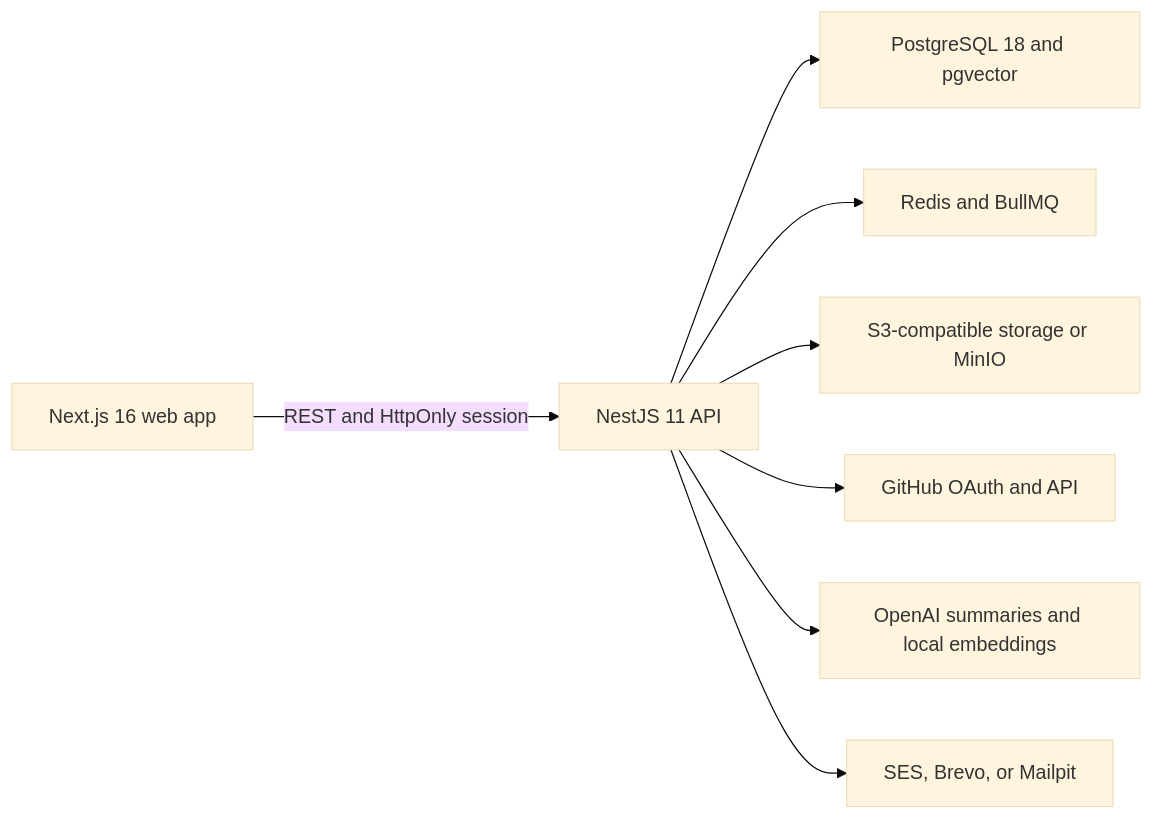
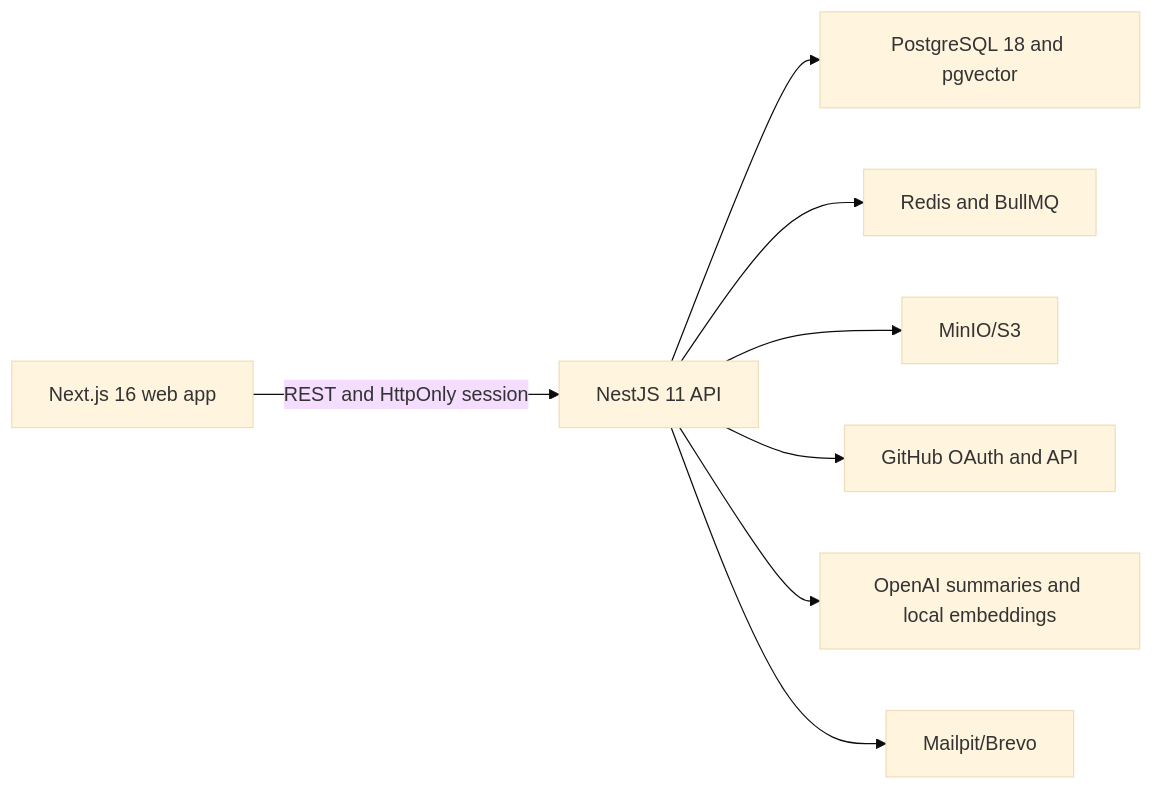
One commit to AmzBG/Deployfolio changed the diagram in README.md. Above: the diagram before and after it, drawn with Mermaid (base theme).

Commit message:
docs: simplify architecture provider labels

````diff
--- a/README.md
+++ b/README.md
@@ -77,10 +77,10 @@
 ```mermaid
 flowchart LR
   Browser["Next.js 16 web app"] -->|REST and HttpOnly session| API["NestJS 11 API"]
   API --> DB["PostgreSQL 18 and pgvector"]
   API --> Queue["Redis and BullMQ"]
-  API --> Storage["S3-compatible storage or MinIO"]
+  API --> Storage["MinIO/S3"]
   API --> GitHub["GitHub OAuth and API"]
   API --> AI["OpenAI summaries and local embeddings"]
-  API --> Mail["SES, Brevo, or Mailpit"]
+  API --> Mail["Mailpit/Brevo"]
 ```
````
